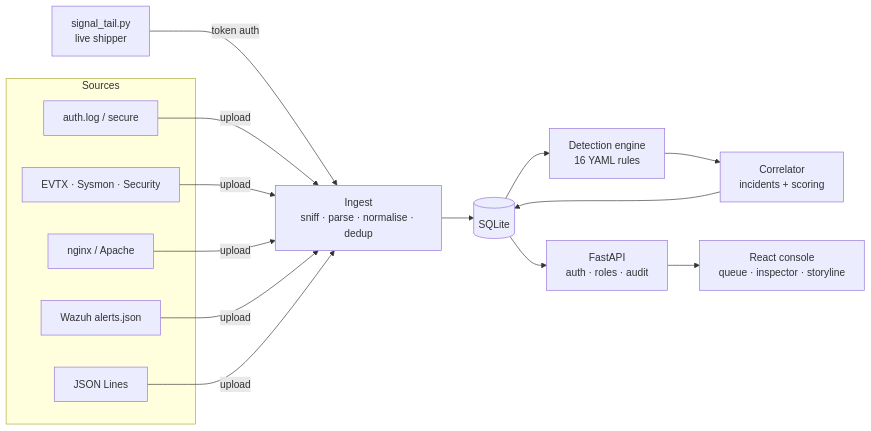
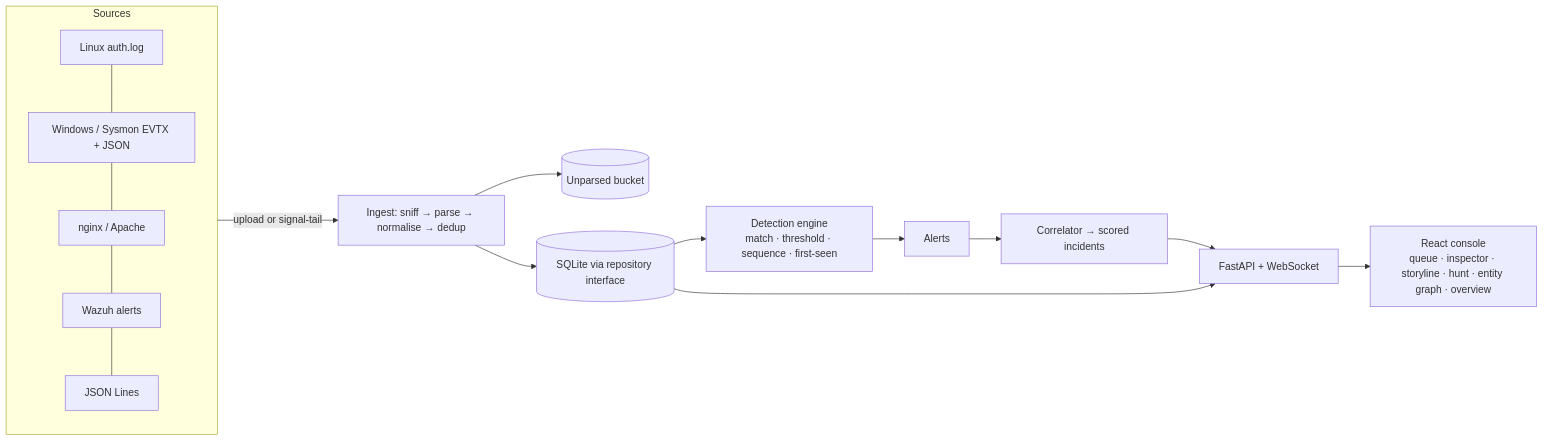
One commit to Junyadoingthings/signal changed the diagram in README.md. Above: the diagram before and after it, drawn with Mermaid. The commit also changed other lines of this file and 22 other files, not shown here.

````diff
--- a/README.md
+++ b/README.md
@@ -32,18 +87,14 @@
 ```mermaid
 flowchart LR
   subgraph Sources
-    A[auth.log / secure]
-    B[EVTX · Sysmon · Security]
-    C[nginx / Apache]
-    D[Wazuh alerts.json]
-    E[JSON Lines]
+    A[Linux auth.log] --- B[Windows / Sysmon EVTX + JSON] --- C[nginx / Apache] --- D[Wazuh alerts] --- E[JSON Lines]
   end
-  T[signal_tail.py<br/>live shipper] -->|token auth| I
-  A & B & C & D & E -->|upload| I[Ingest<br/>sniff · parse · normalise · dedup]
-  I --> S[(SQLite)]
-  S --> R[Detection engine<br/>16 YAML rules]
-  R --> K[Correlator<br/>incidents + scoring]
-  K --> S
-  S --> API[FastAPI<br/>auth · roles · audit]
-  API --> UI[React console<br/>queue · inspector · storyline]
+  Sources -->|upload or signal-tail| I[Ingest: sniff → parse → normalise → dedup]
+  I --> U[(Unparsed bucket)]
+  I --> S[(SQLite via repository interface)]
+  S --> R[Detection engine<br/>match · threshold · sequence · first-seen]
+  R --> AL[Alerts] --> CO[Correlator → scored incidents]
+  CO --> API[FastAPI + WebSocket]
+  S --> API
+  API --> UI[React console<br/>queue · inspector · storyline · hunt · entity graph · overview]
 ```
````
